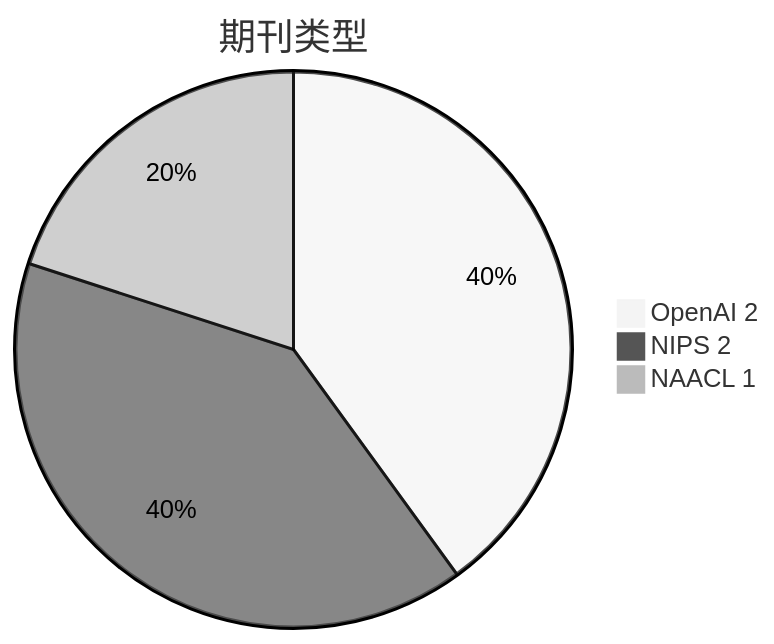
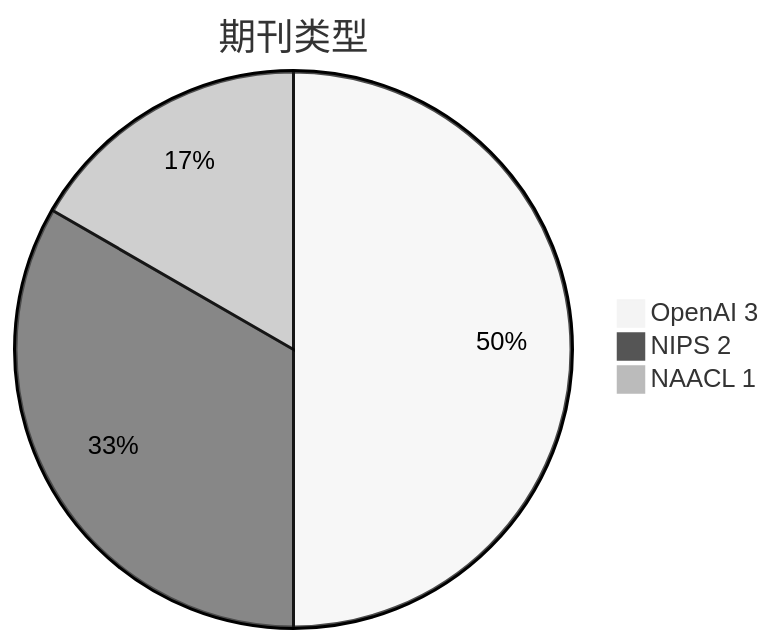
One commit to Elephant-King9/Paper changed the second of 4 diagrams in Base_Model/LLM/analyse.md. Above: the diagram before and after it, drawn with Mermaid (neutral theme). The commit also changed other lines of this file and 3 other files, not shown here.

````diff
--- a/Base_Model/LLM/analyse.md
+++ b/Base_Model/LLM/analyse.md
@@ -26,6 +28,6 @@
 ```mermaid
 pie title 期刊类型
-		"OpenAI 2" : 2
+		"OpenAI 3" : 3
 		"NIPS 2" : 2
 		"NAACL 1" : 1
 ```
````
